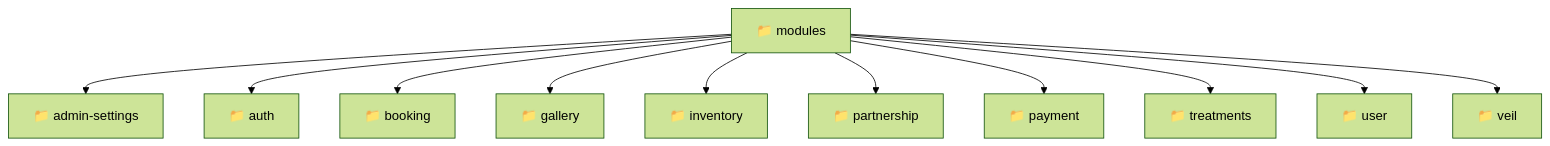
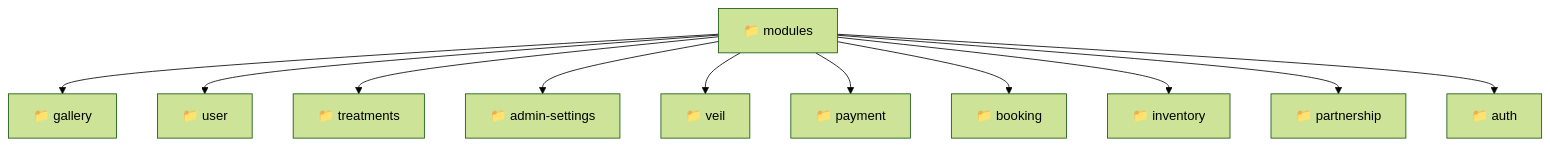
Before and after one commit to beginwebdev2002/fullstack-mavluda: the diagram in backend/src/modules/README.md, drawn with Mermaid (forest theme). The commit also changed other lines of this file and 164 other files, not shown here.

First line of the commit message:
docs: generate robust autonomous architectural documentation

````diff
--- a/backend/src/modules/README.md
+++ b/backend/src/modules/README.md
@@ -9,14 +11,14 @@
 ```mermaid
 graph TD
-  Root["📁 modules"]
-  Root --> admin-settings["📁 admin-settings"]
-  Root --> auth["📁 auth"]
-  Root --> booking["📁 booking"]
-  Root --> gallery["📁 gallery"]
-  Root --> inventory["📁 inventory"]
-  Root --> partnership["📁 partnership"]
-  Root --> payment["📁 payment"]
-  Root --> treatments["📁 treatments"]
-  Root --> user["📁 user"]
-  Root --> veil["📁 veil"]
+    f_modules["📁 modules"]
+    f_modules --> f_gallery["📁 gallery"]
+    f_modules --> f_user["📁 user"]
+    f_modules --> f_treatments["📁 treatments"]
+    f_modules --> f_admin_settings["📁 admin-settings"]
+    f_modules --> f_veil["📁 veil"]
+    f_modules --> f_payment["📁 payment"]
+    f_modules --> f_booking["📁 booking"]
+    f_modules --> f_inventory["📁 inventory"]
+    f_modules --> f_partnership["📁 partnership"]
+    f_modules --> f_auth["📁 auth"]
 ```
````
